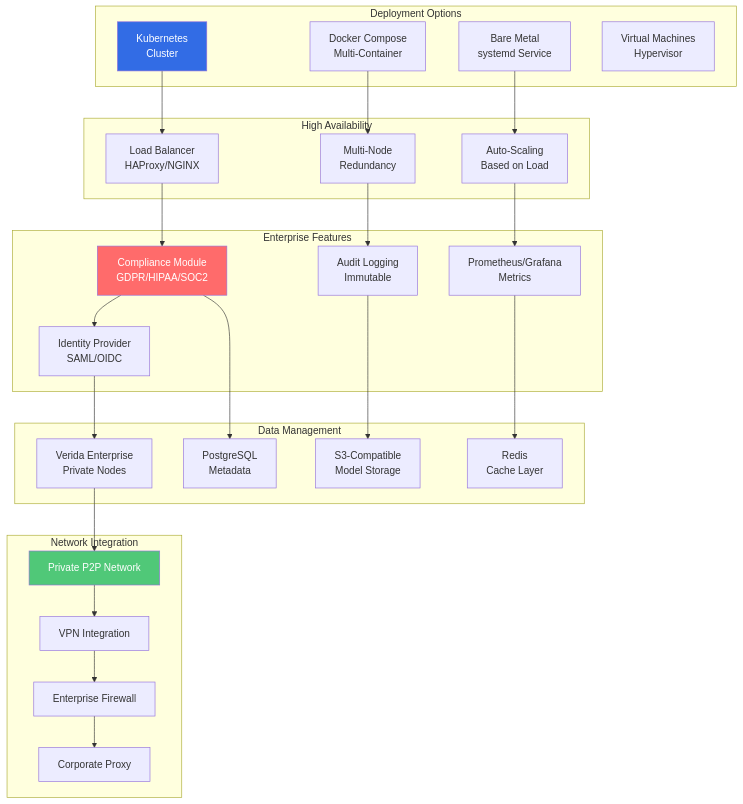
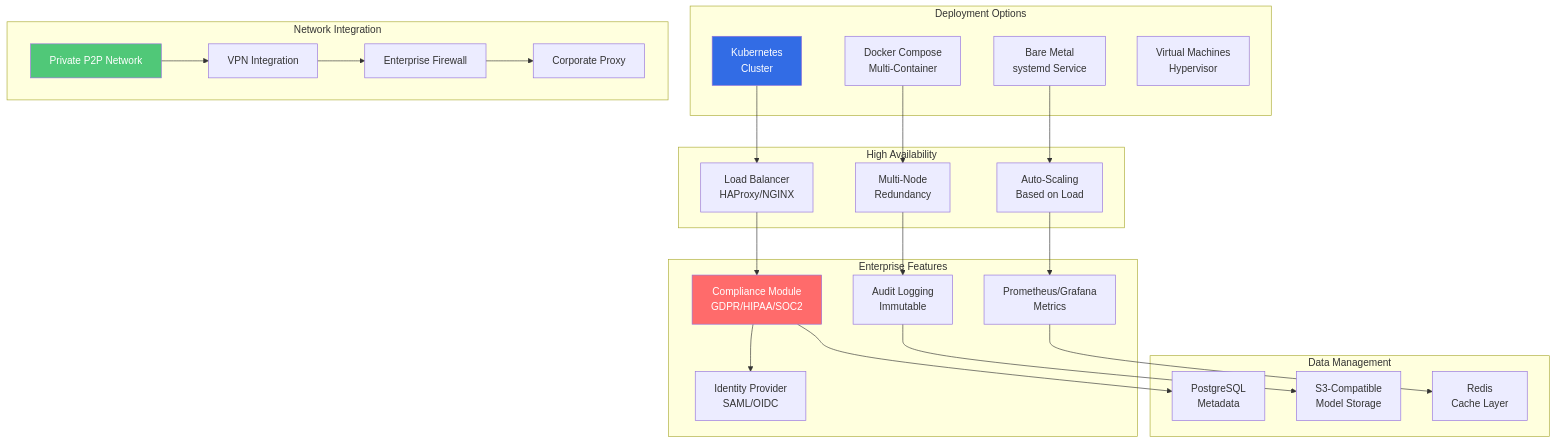
Diagram 13 of 17 in docs/DEPLOYMENT_ARCHITECTURE.md (Kwaai-AI-Lab/KwaaiNet), drawn with Mermaid before and after one commit. The commit also changed other lines of this file and 28 other files, not shown here.

````diff
--- a/docs/DEPLOYMENT_ARCHITECTURE.md
+++ b/docs/DEPLOYMENT_ARCHITECTURE.md
@@ -785,59 +777,56 @@
 ```mermaid
 graph TB
     subgraph "Deployment Options"
         K8s[Kubernetes<br/>Cluster]
         Docker[Docker Compose<br/>Multi-Container]
         Bare[Bare Metal<br/>systemd Service]
         VM[Virtual Machines<br/>Hypervisor]
     end
 
     subgraph "High Availability"
         LoadBalancer[Load Balancer<br/>HAProxy/NGINX]
         MultiNode[Multi-Node<br/>Redundancy]
         AutoScale[Auto-Scaling<br/>Based on Load]
     end
 
     subgraph "Enterprise Features"
         Compliance[Compliance Module<br/>GDPR/HIPAA/SOC2]
         Audit[Audit Logging<br/>Immutable]
         Monitoring[Prometheus/Grafana<br/>Metrics]
         IAM[Identity Provider<br/>SAML/OIDC]
     end
 
     subgraph "Data Management"
         Postgres[PostgreSQL<br/>Metadata]
         S3[S3-Compatible<br/>Model Storage]
         Redis[Redis<br/>Cache Layer]
-        Verida[Verida Enterprise<br/>Private Nodes]
     end
 
     subgraph "Network Integration"
         PrivateP2P[Private P2P Network]
         VPN[VPN Integration]
         Firewall[Enterprise Firewall]
         Proxy[Corporate Proxy]
     end
 
     K8s --> LoadBalancer
     Docker --> MultiNode
     Bare --> AutoScale
 
     LoadBalancer --> Compliance
     MultiNode --> Audit
     AutoScale --> Monitoring
     Compliance --> IAM
 
     Compliance --> Postgres
     Audit --> S3
     Monitoring --> Redis
-    IAM --> Verida
 
-    Verida --> PrivateP2P
     PrivateP2P --> VPN
     VPN --> Firewall
     Firewall --> Proxy
 
     style K8s fill:#326CE5,color:#fff
     style Compliance fill:#FF6B6B,color:#fff
     style PrivateP2P fill:#50C878,color:#fff
 ```
````
